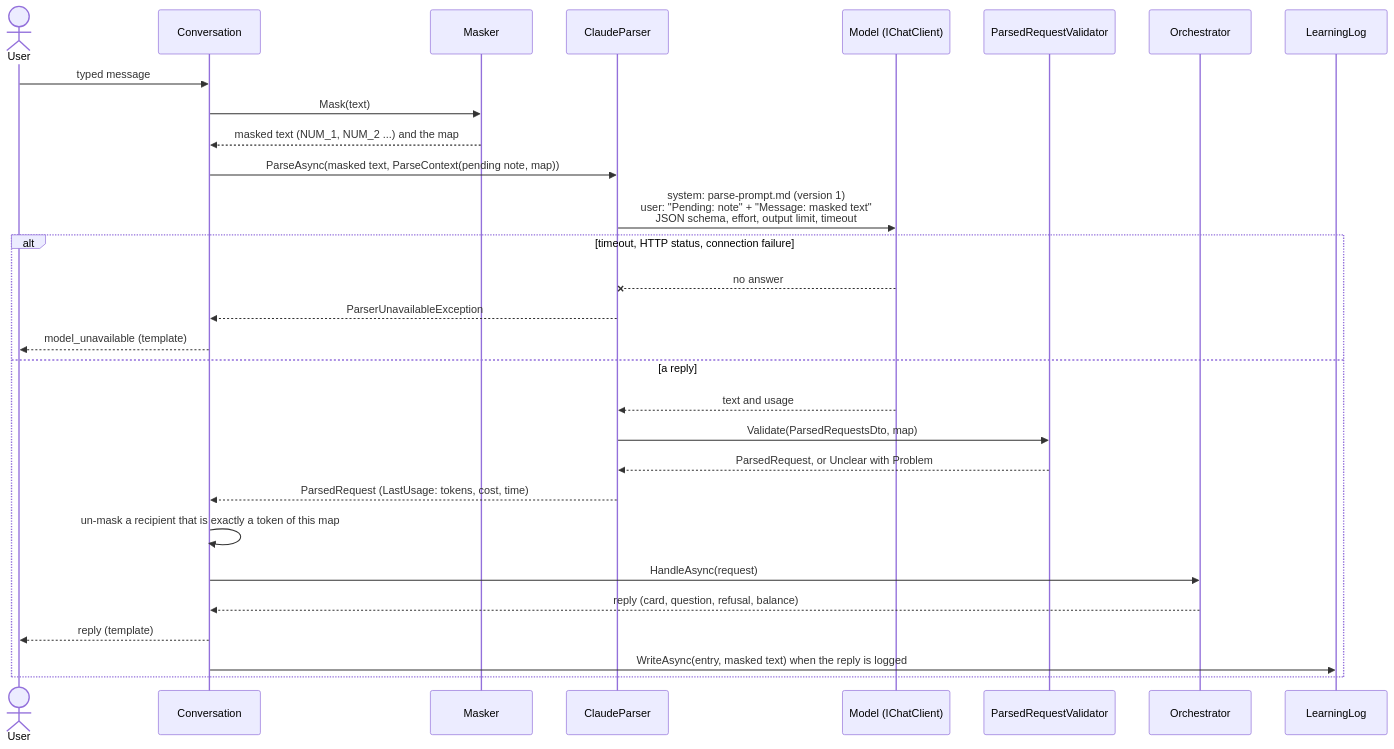
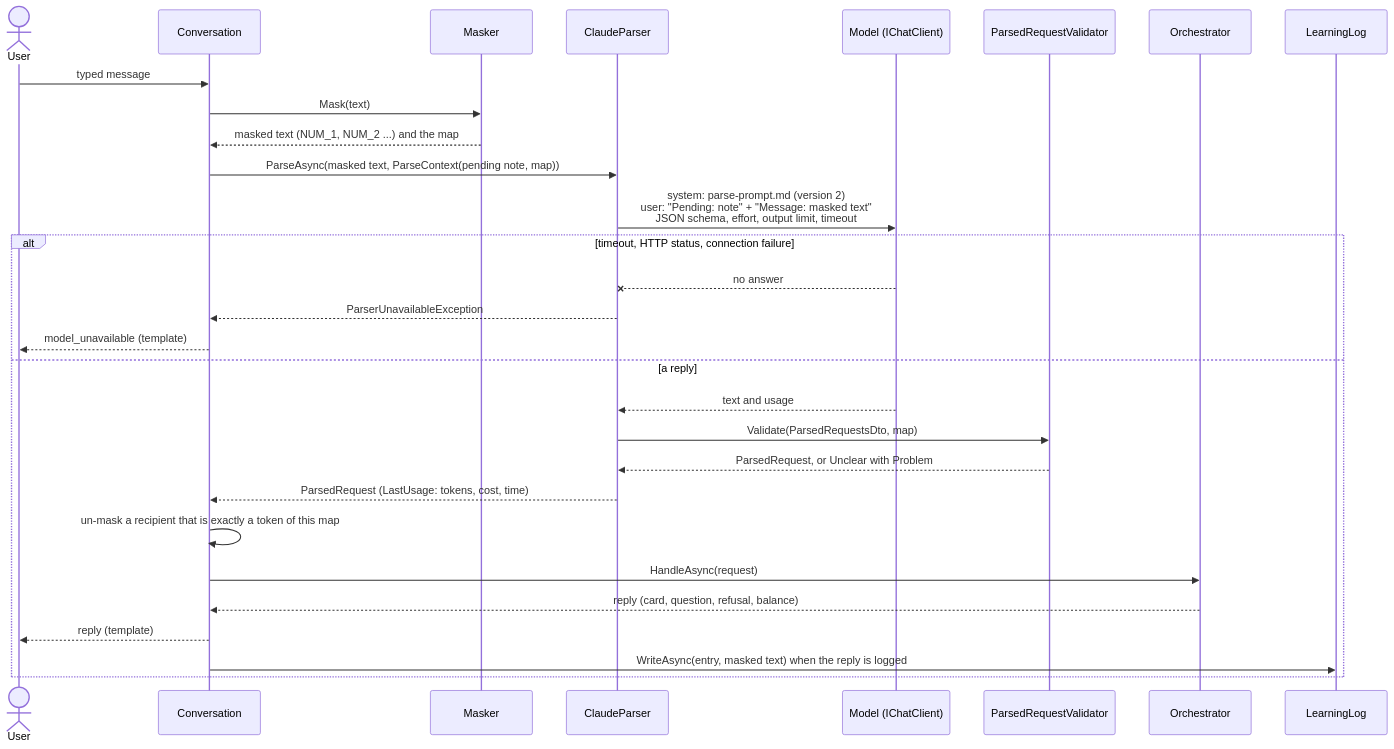
Before and after one commit to Khalil-Alhadidi/Naqoli: the first of 2 diagrams in docs/agent-model.md, drawn with Mermaid. The commit also changed other lines of this file and 4 other files, not shown here.

Commit message:
feat(model): parse prompt version 2: slang amounts in dollars, and unsupported requests keep their slots filled

````diff
--- a/docs/agent-model.md
+++ b/docs/agent-model.md
@@ -7,32 +7,32 @@
 ```mermaid
 sequenceDiagram
     actor U as User
     participant C as Conversation
     participant M as Masker
     participant P as ClaudeParser
     participant L as Model (IChatClient)
     participant V as ParsedRequestValidator
     participant O as Orchestrator
     participant G as LearningLog
 
     U->>C: typed message
     C->>M: Mask(text)
     M-->>C: masked text (NUM_1, NUM_2 ...) and the map
     C->>P: ParseAsync(masked text, ParseContext(pending note, map))
-    P->>L: system: parse-prompt.md (version 1)<br/>user: "Pending: note" + "Message: masked text"<br/>JSON schema, effort, output limit, timeout
+    P->>L: system: parse-prompt.md (version 2)<br/>user: "Pending: note" + "Message: masked text"<br/>JSON schema, effort, output limit, timeout
     alt timeout, HTTP status, connection failure
         L--xP: no answer
         P-->>C: ParserUnavailableException
         C-->>U: model_unavailable (template)
     else a reply
         L-->>P: text and usage
         P->>V: Validate(ParsedRequestsDto, map)
         V-->>P: ParsedRequest, or Unclear with Problem
         P-->>C: ParsedRequest (LastUsage: tokens, cost, time)
         C->>C: un-mask a recipient that is exactly a token of this map
         C->>O: HandleAsync(request)
         O-->>C: reply (card, question, refusal, balance)
         C-->>U: reply (template)
         C->>G: WriteAsync(entry, masked text) when the reply is logged
     end
 ```
````
